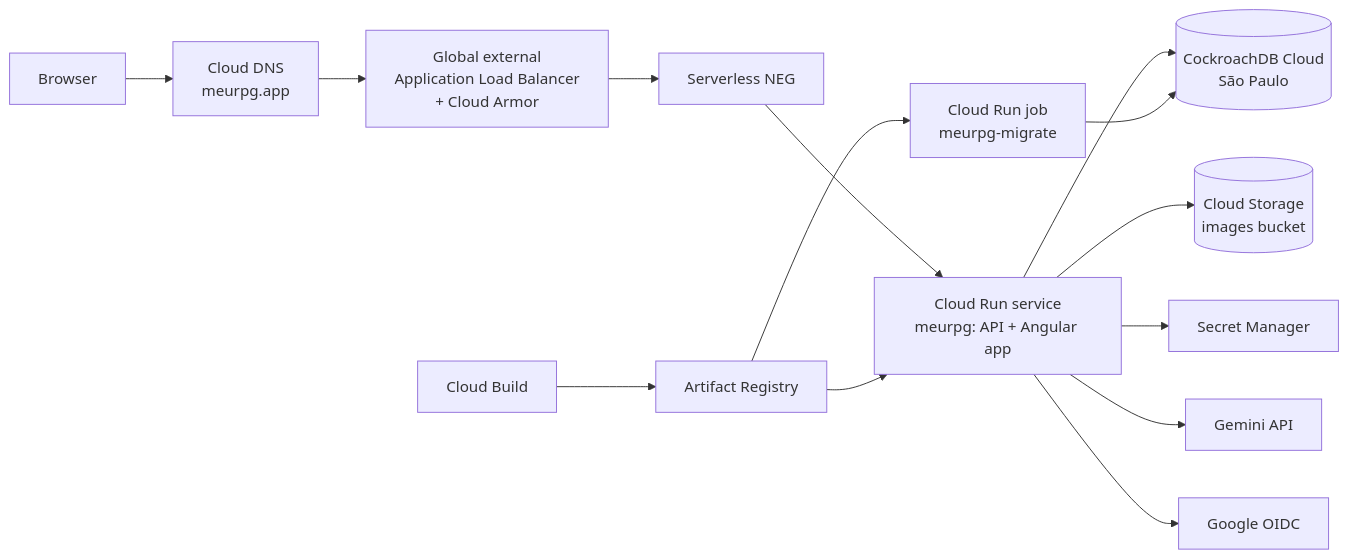
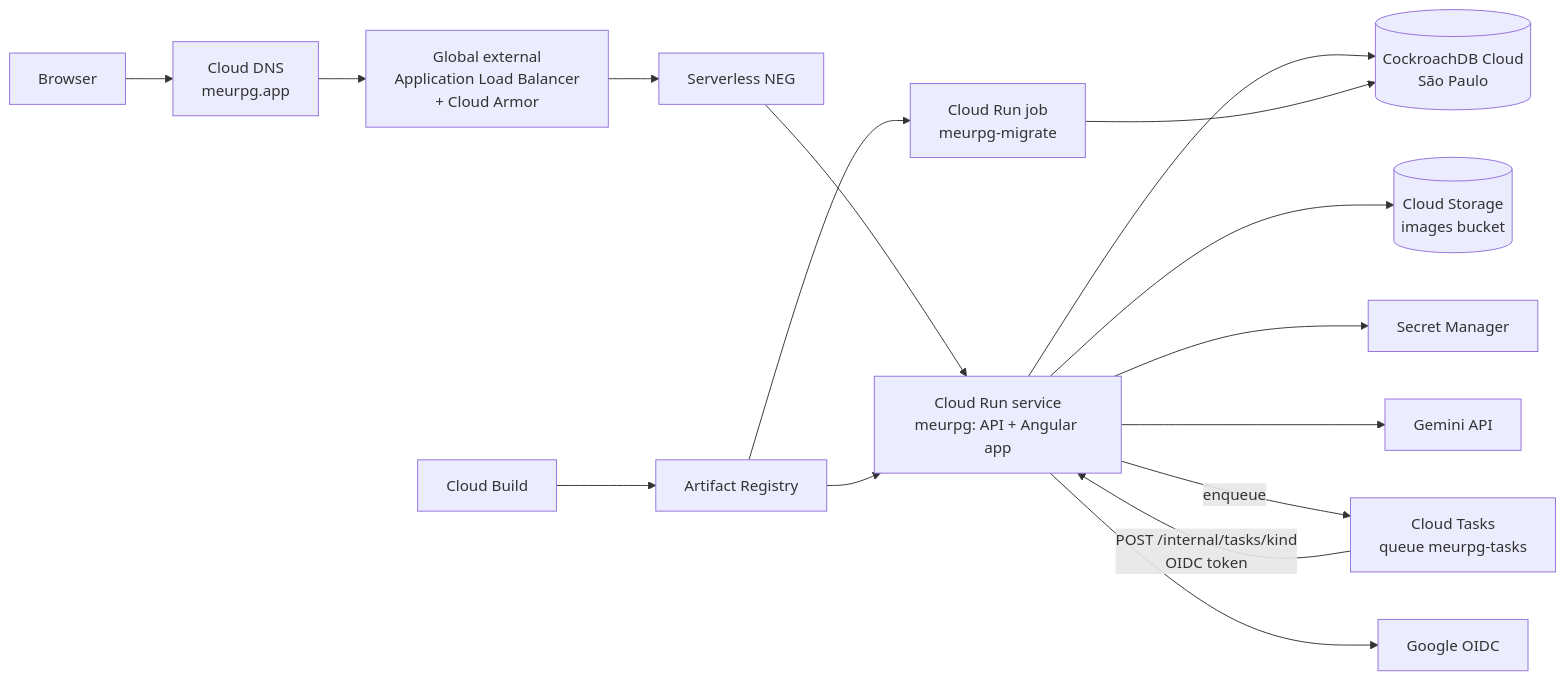
The diagram in docs/operations/README.md (PuraFome/meuRPG), drawn with Mermaid before and after one commit. The commit also changed other lines of this file and 77 other files, not shown here.

First line of the commit message:
feat: train 54, detached work through Cloud Tasks, and srdimport and maps cleanup (#525)

````diff
--- a/docs/operations/README.md
+++ b/docs/operations/README.md
@@ -16,16 +16,18 @@
 ```mermaid
 flowchart LR
   B[Browser] --> DNS[Cloud DNS<br/>meurpg.app]
   DNS --> LB[Global external<br/>Application Load Balancer<br/>+ Cloud Armor]
   LB --> NEG[Serverless NEG]
   NEG --> RUN[Cloud Run service<br/>meurpg: API + Angular app]
   RUN --> CRDB[(CockroachDB Cloud<br/>São Paulo)]
   RUN --> GCS[(Cloud Storage<br/>images bucket)]
   RUN --> SM[Secret Manager]
   RUN --> GEM[Gemini API]
+  RUN -->|enqueue| CT[Cloud Tasks<br/>queue meurpg-tasks]
+  CT -->|POST /internal/tasks/kind<br/>OIDC token| RUN
   RUN --> OIDC[Google OIDC]
   JOB[Cloud Run job<br/>meurpg-migrate] --> CRDB
   CB[Cloud Build] --> AR[Artifact Registry]
   AR --> RUN
   AR --> JOB
 ```
````
